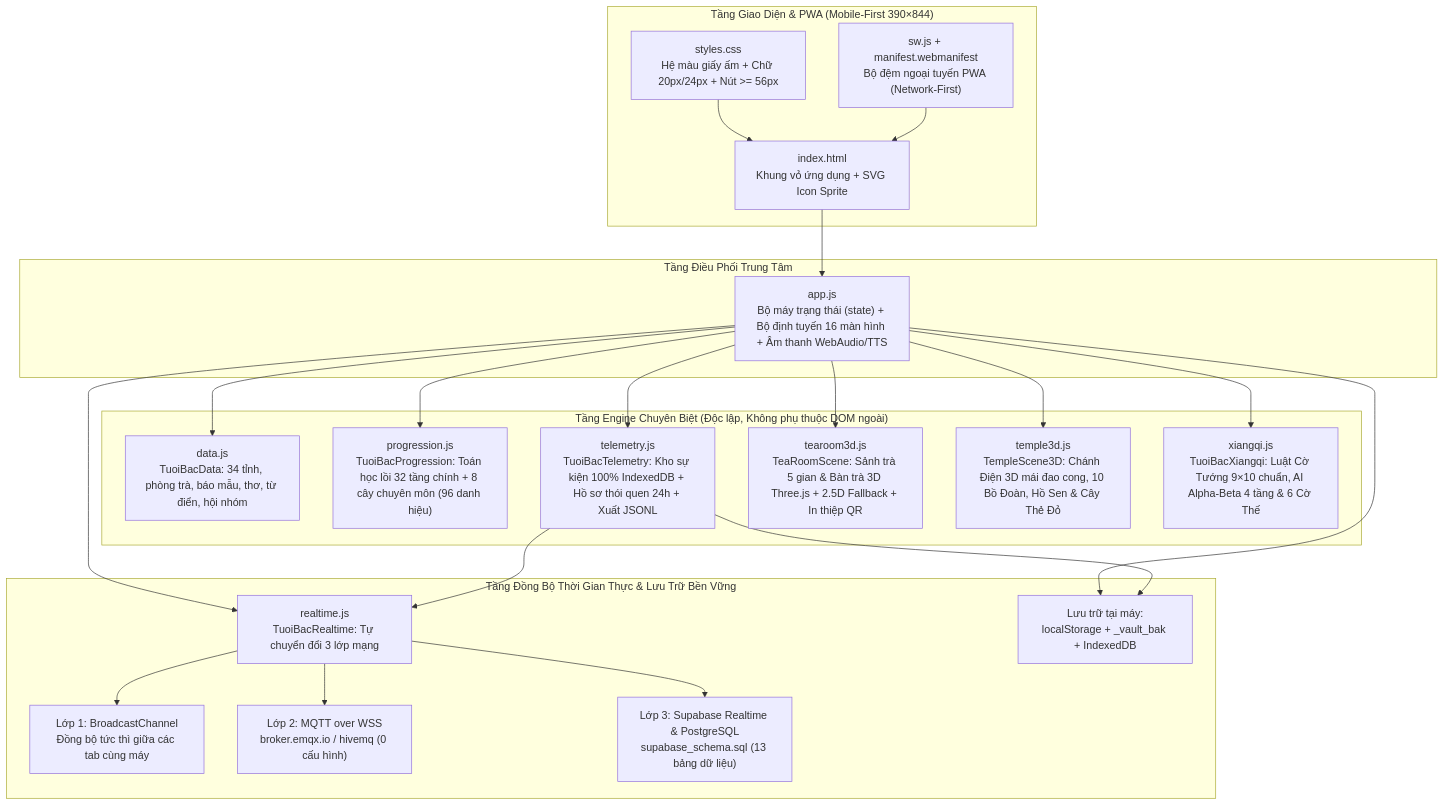
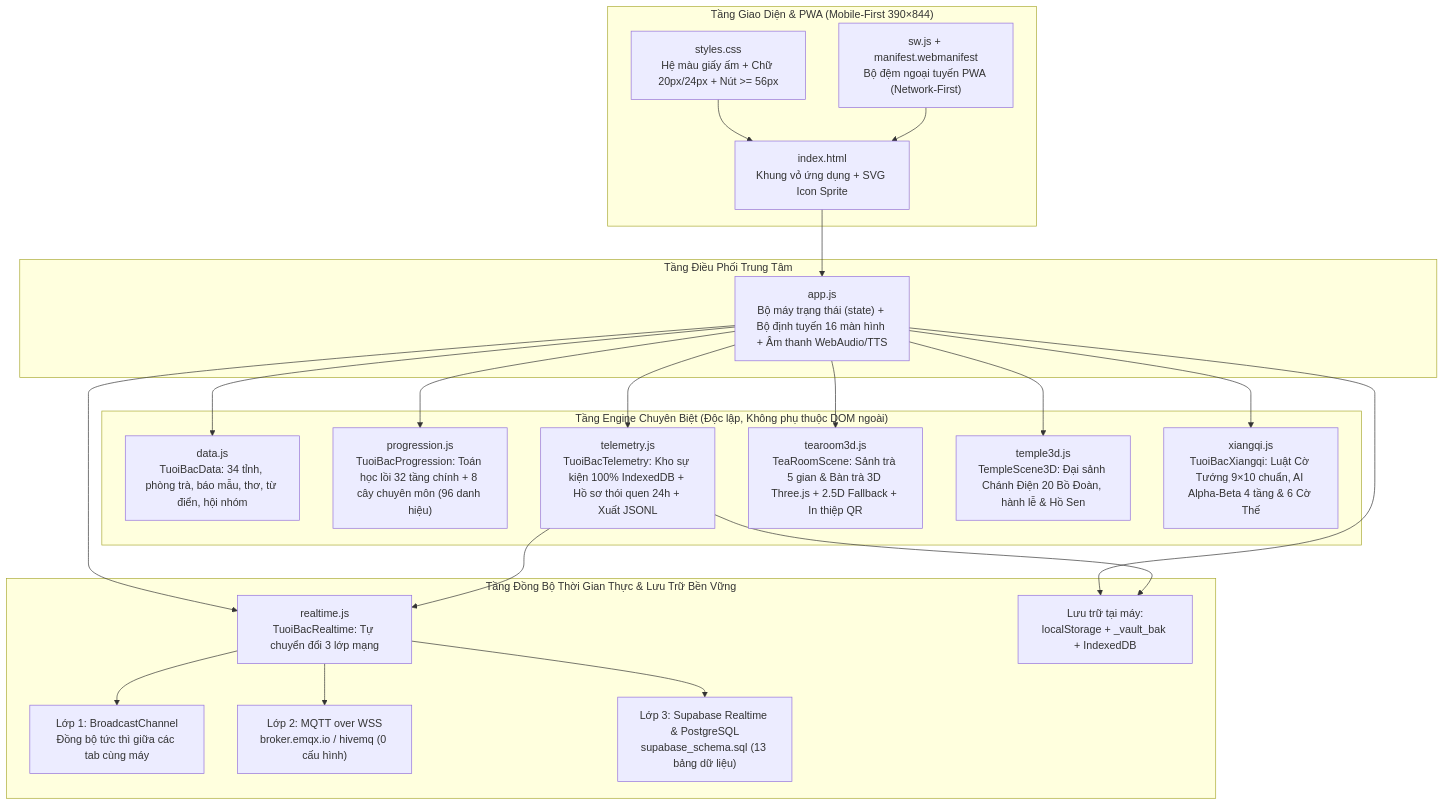
The diagram in ARCHITECTURE.md (tuoibacgroup-create/tuoibacgroup-create.github.io), drawn with Mermaid before and after one commit. The commit also changed other lines of this file and 8 other files, not shown here.

````diff
--- a/ARCHITECTURE.md
+++ b/ARCHITECTURE.md
@@ -9,46 +9,46 @@
 ```mermaid
 flowchart TD
     subgraph UI["Tầng Giao Diện & PWA (Mobile-First 390×844)"]
         HTML["index.html<br/>Khung vỏ ứng dụng + SVG Icon Sprite"]
         CSS["styles.css<br/>Hệ màu giấy ấm + Chữ 20px/24px + Nút >= 56px"]
         SW["sw.js + manifest.webmanifest<br/>Bộ đệm ngoại tuyến PWA (Network-First)"]
     end
 
     subgraph CORE["Tầng Điều Phối Trung Tâm"]
         APP["app.js<br/>Bộ máy trạng thái (state) + Bộ định tuyến 16 màn hình + Âm thanh WebAudio/TTS"]
     end
 
     subgraph ENGINES["Tầng Engine Chuyên Biệt (Độc lập, Không phụ thuộc DOM ngoài)"]
         DATA["data.js<br/>TuoiBacData: 34 tỉnh, phòng trà, báo mẫu, thơ, từ điển, hội nhóm"]
         PROG["progression.js<br/>TuoiBacProgression: Toán học lồi 32 tầng chính + 8 cây chuyên môn (96 danh hiệu)"]
         TEL["telemetry.js<br/>TuoiBacTelemetry: Kho sự kiện 100% IndexedDB + Hồ sơ thói quen 24h + Xuất JSONL"]
         TEA3D["tearoom3d.js<br/>TeaRoomScene: Sảnh trà 5 gian & Bàn trà 3D Three.js + 2.5D Fallback + In thiệp QR"]
-        TMP3D["temple3d.js<br/>TempleScene3D: Chánh Điện 3D mái đao cong, 10 Bồ Đoàn, Hồ Sen & Cây Thẻ Đỏ"]
+        TMP3D["temple3d.js<br/>TempleScene3D: Đại sảnh Chánh Điện 20 Bồ Đoàn, hành lễ &amp; Hồ Sen"]
         XQ["xiangqi.js<br/>TuoiBacXiangqi: Luật Cờ Tướng 9×10 chuẩn, AI Alpha-Beta 4 tầng & 6 Cờ Thế"]
     end
 
     subgraph NET["Tầng Đồng Bộ Thời Gian Thực & Lưu Trữ Bền Vững"]
         RT["realtime.js<br/>TuoiBacRealtime: Tự chuyển đổi 3 lớp mạng"]
         BC["Lớp 1: BroadcastChannel<br/>Đồng bộ tức thì giữa các tab cùng máy"]
         MQTT["Lớp 2: MQTT over WSS<br/>broker.emqx.io / hivemq (0 cấu hình)"]
         SB["Lớp 3: Supabase Realtime & PostgreSQL<br/>supabase_schema.sql (13 bảng dữ liệu)"]
         IDB["Lưu trữ tại máy:<br/>localStorage + _vault_bak + IndexedDB"]
     end
 
     HTML --> APP
     CSS --> HTML
     SW --> HTML
     APP --> DATA
     APP --> PROG
     APP --> TEL
     APP --> TEA3D
     APP --> TMP3D
     APP --> XQ
     APP --> RT
     APP --> IDB
     TEL --> IDB
     TEL --> RT
     RT --> BC
     RT --> MQTT
     RT --> SB
 ```
````
